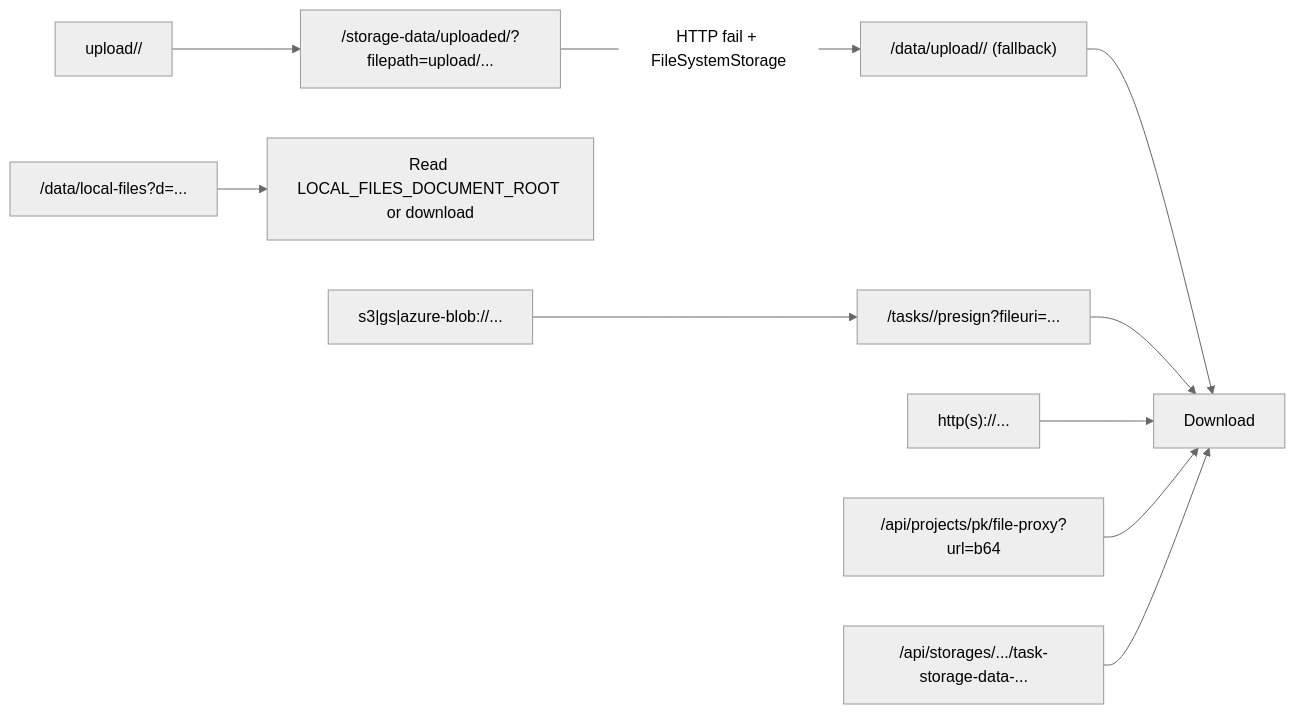
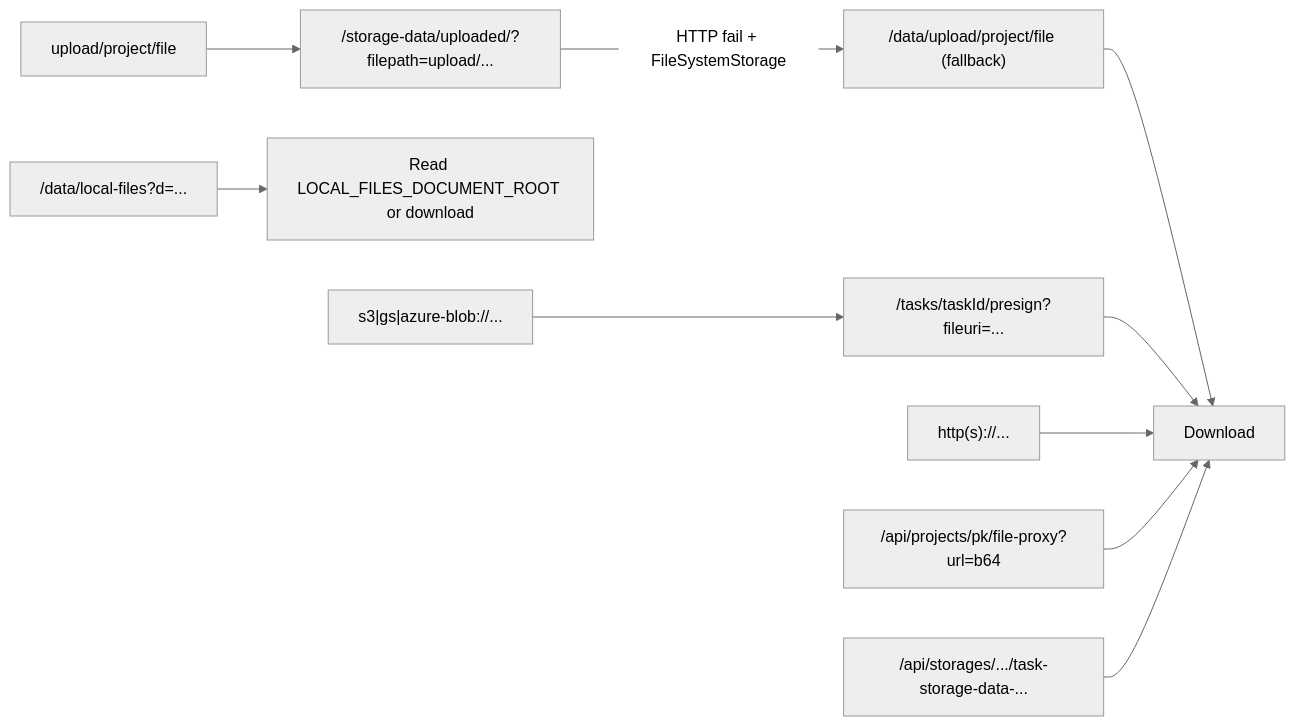
Before and after one commit to HumanSignal/label-studio-sdk: the third of 3 diagrams in src/label_studio_sdk/_extensions/label_studio_tools/core/utils/README.md, drawn with Mermaid (neutral theme). The commit also changed other lines of this file, not shown here.

````diff
--- a/src/label_studio_sdk/_extensions/label_studio_tools/core/utils/README.md
+++ b/src/label_studio_sdk/_extensions/label_studio_tools/core/utils/README.md
@@ -67,12 +67,12 @@
 ```mermaid
 flowchart LR
-  uploadKey["upload/<project>/<file>"] --> proxyUrl["/storage-data/uploaded/?filepath=upload/..."]
-  proxyUrl -->|HTTP fail + FileSystemStorage| dataUpload["/data/upload/<project>/<file> (fallback)"]
+  uploadKey["upload/project/file"] --> proxyUrl["/storage-data/uploaded/?filepath=upload/..."]
+  proxyUrl -->|HTTP fail + FileSystemStorage| dataUpload["/data/upload/project/file (fallback)"]
   dataUpload --> download[Download]
 
   localFiles["/data/local-files?d=..."] --> localRead["Read LOCAL_FILES_DOCUMENT_ROOT or download"]
-  cloudUri["s3|gs|azure-blob://..."] --> presign["/tasks/<id>/presign?fileuri=..."] --> download
+  cloudUri["s3|gs|azure-blob://..."] --> presign["/tasks/taskId/presign?fileuri=..."] --> download
   httpUrl["http(s)://..."] --> download
   fileProxy["/api/projects/pk/file-proxy?url=b64"] --> download
   storagesProxy["/api/storages/.../task-storage-data-..."] --> download
 ```
````
